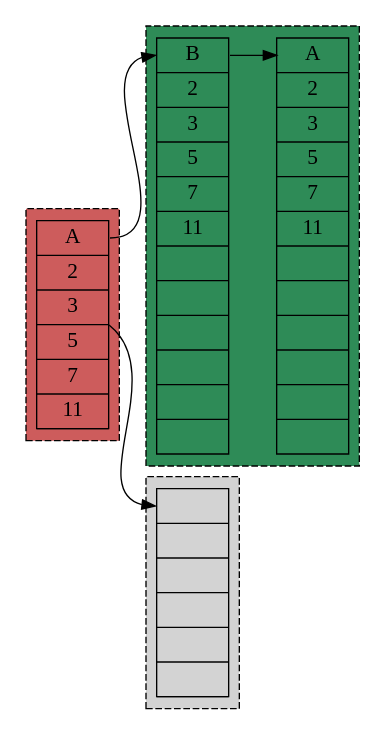
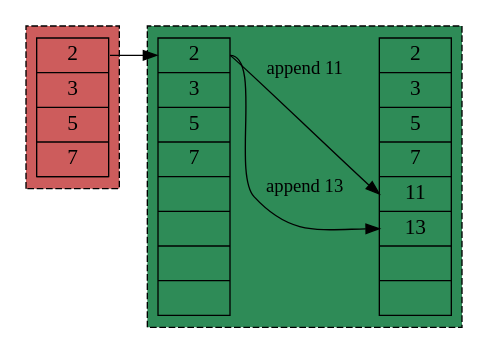
Before and after one commit to object-oriented-python/object-oriented-programming: the first of 2 diagrams in doc/source/4_abstract_data_types.rst, drawn with Graphviz. The commit also changed other lines of this file, not shown here.

Commit message:
updated dynamic array diagram

```diff
--- a/doc/source/4_abstract_data_types.rst
+++ b/doc/source/4_abstract_data_types.rst
@@ -368,58 +368,54 @@
 .. graphviz::
    :align: center
 
     digraph dl {
     	bgcolor="#ffffff00" # RGBA (with alpha)
 	    graph [
 	    rankdir = "LR"
 	    ];
 	    node [
 	    fontsize = "16"
 	    shape = "ellipse"
 	    ];
 	    edge [
 	    ];
 	    
 	    subgraph cluster_0 {
 	    		style="ellipse, dashed";
 	    		bgcolor="#CD5C5C";
 	    "node0" [
-	    label = "<f0> A| 2 | 3| 5| 7 | 11 |e<f1>"
+	    label = "<f0> 2 | 3| 5| 7 |e<f1>"
 	    shape = "record"
 	    ];
 	    }
 	    
 	    subgraph cluster_3 {
 	    		style="ellipse, dashed";
 	    		bgcolor="#2E8B57";
 	    		
 	    "node1" [
-	    label = "<f0> B| 2 | 3| 5| 7 | 11 | | | | | |<f1>"
+	    label = "<f0> 2 | 3| 5| 7 | <f1>| | | <f2>"
 	    shape = "record"
+
 	    ];
 	    
 	    "node3" [
-	    label = "<f0> A| 2 | 3| 5| 7 | 11 | | | | | |<f1>"
+	    label = "<f0> 2 | 3| 5| 7| <f1> 11| <f2> 13| | <f3>"
 	    shape = "record"
 	    ];
 	    }
-	    
-	    subgraph cluster_1 {
-	    		style="ellipse, dashed";
-	    		bgcolor="lightgray";
-	    "node2" [
-	    label = "<f0> | | | | | |e<f1>"
-	    shape = "record"
-	    ];
-	    }
-	    
+		    
 	    "node0":f0 -> "node1":f0 [
 	    id = 0
 	    ];
-	    "node0":f1 -> "node2":f0 [
-	    id = 1
+
+	    "node1":f0 -> "node3":f1 [
+	    id = 2
+		label = "append 11"
 	    ];
-	    "node1":f0 -> "node3":f0 [
+
+		"node1":f0 -> "node3":f2 [
 	    id = 2
+		label = "append 13"
 	    ];
     }
```
